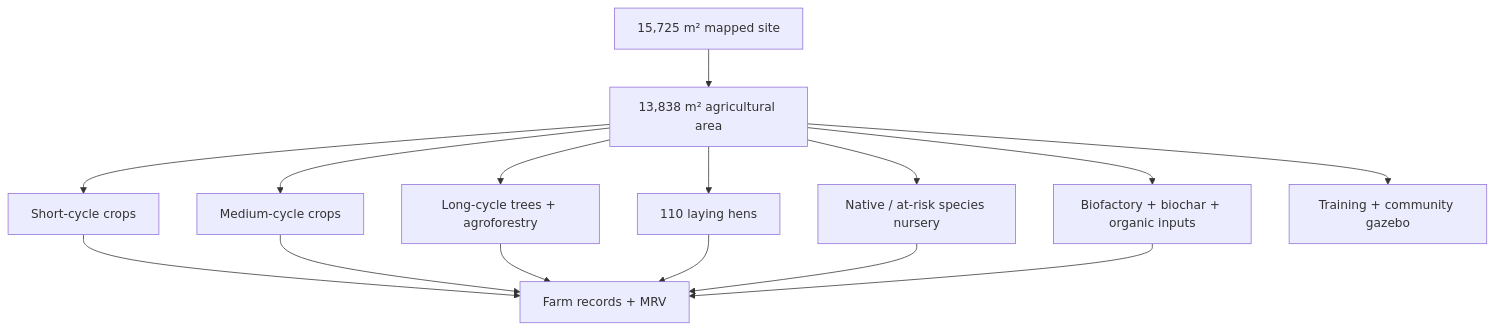
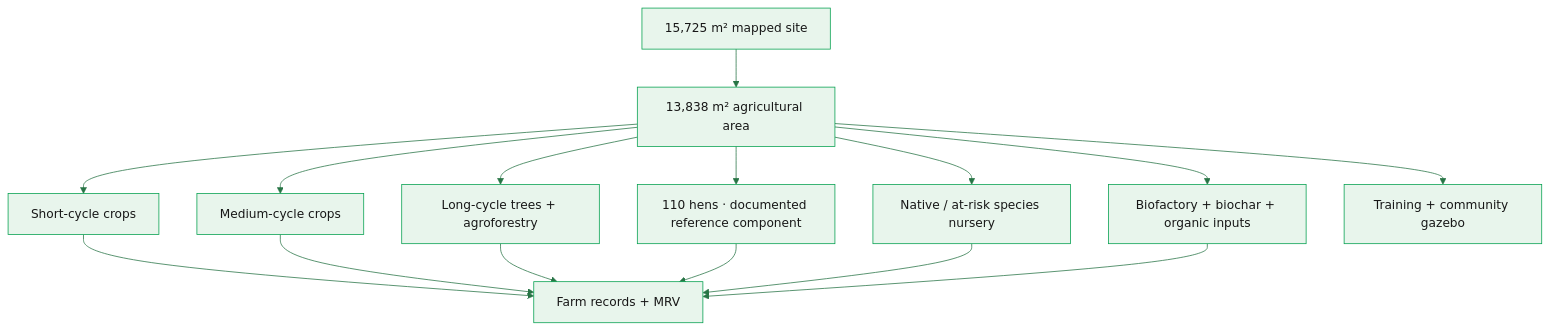
One commit to wasalo/Kokonut-Public-Site changed the diagram in ecosystem-wiki/kokonut-farms/adelphi/summary.mdx. Above: the diagram before and after it, drawn with Mermaid. The commit also changed 9 other files, not shown here.

Commit message:
style(mermaid): refresh governance, MRV and farm reference diagrams with authority distinctions

````diff
--- a/ecosystem-wiki/kokonut-farms/adelphi/summary.mdx
+++ b/ecosystem-wiki/kokonut-farms/adelphi/summary.mdx
@@ -173,20 +173,21 @@
 ```mermaid
+%%{init: {"theme":"base","themeVariables":{"primaryColor":"#e8f5ec","primaryTextColor":"#171717","primaryBorderColor":"#009F4D","secondaryColor":"#fff3c4","tertiaryColor":"#ffffff","lineColor":"#277445","fontFamily":"Inter, Arial, sans-serif"}}}%%
 flowchart TD
     LAND["15,725 m² mapped site"] --> AG["13,838 m² agricultural area"]
 
     AG --> SHORT["Short-cycle crops"]
     AG --> MEDIUM["Medium-cycle crops"]
     AG --> LONG["Long-cycle trees + agroforestry"]
 
-    AG --> POULTRY["110 laying hens"]
+    AG --> POULTRY["110 hens · documented reference component"]
     AG --> NURSERY["Native / at-risk species nursery"]
     AG --> BIO["Biofactory + biochar + organic inputs"]
     AG --> GAZEBO["Training + community gazebo"]
 
     SHORT --> RECORDS["Farm records + MRV"]
     MEDIUM --> RECORDS
     LONG --> RECORDS
     POULTRY --> RECORDS
     NURSERY --> RECORDS
     BIO --> RECORDS
 ```
````
